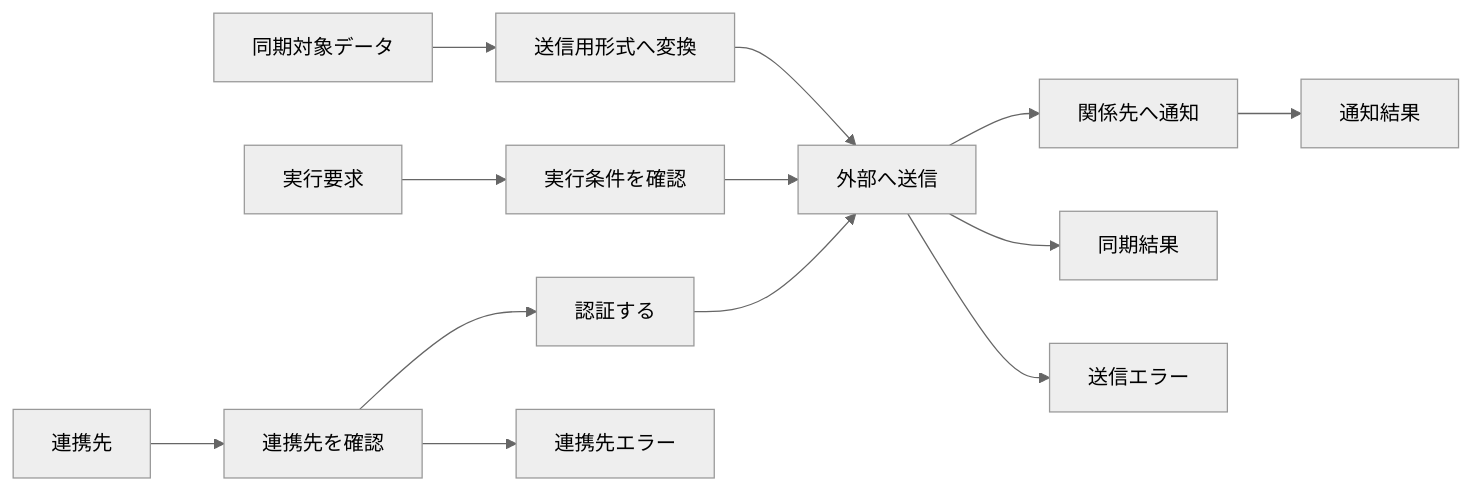
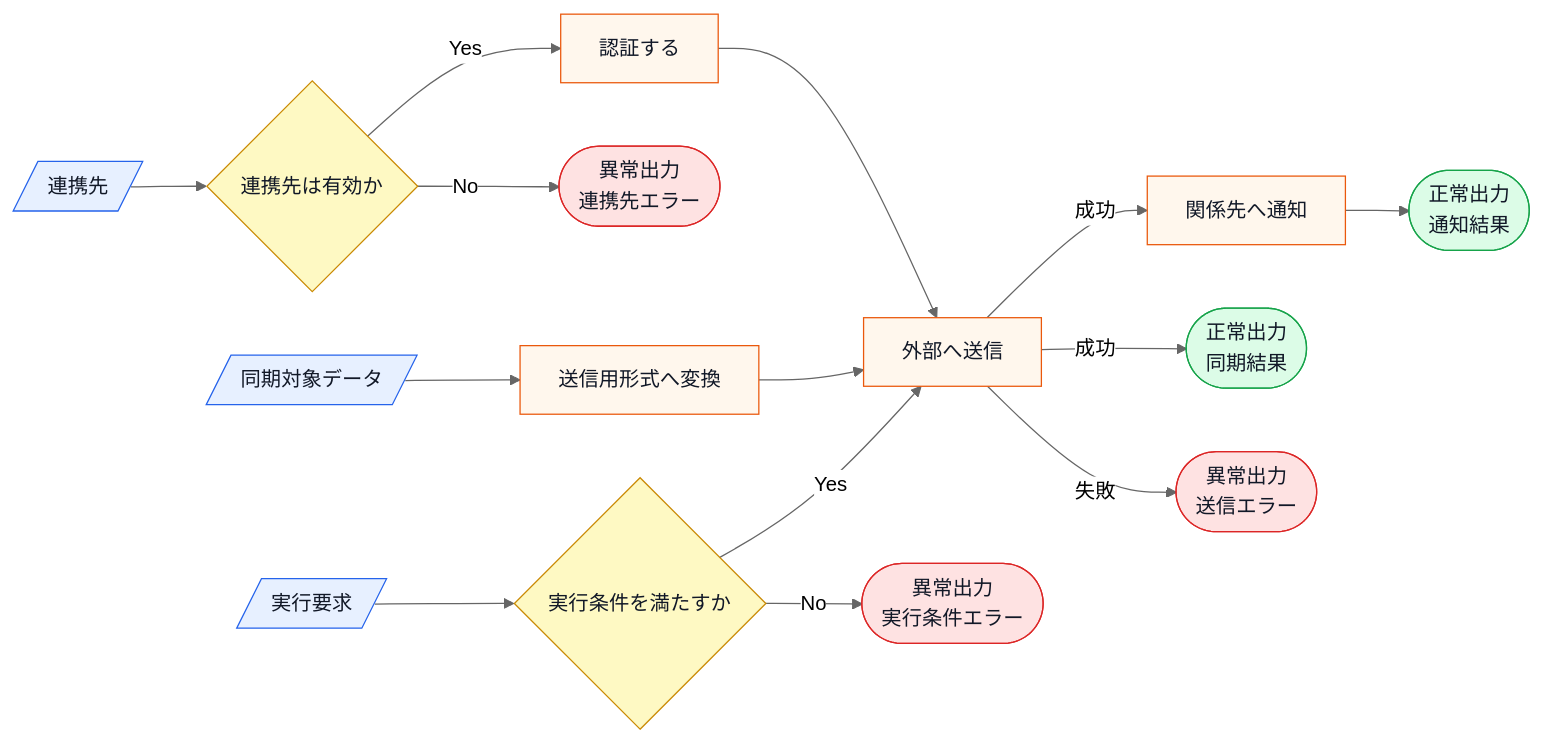
Before and after one commit to kumachan1101-pixel/DesignPattern: the first of 6 diagrams in kindle/design-patterns/output/chapter10.md, drawn with Mermaid (neutral theme). The commit also changed 15 other files, not shown here.

Commit message:
fix: 仕様図の入出力と分岐を明確化

````diff
--- a/kindle/design-patterns/output/chapter10.md
+++ b/kindle/design-patterns/output/chapter10.md
@@ -31,15 +31,22 @@
 ```mermaid
 flowchart LR
-    A["連携先"] --> B["連携先を確認"]
-    C["同期対象データ"] --> D["送信用形式へ変換"]
-    E["実行要求"] --> F["実行条件を確認"]
-    B --> G["認証する"]
-    D --> H["外部へ送信"]
-    F --> H
+    A[/連携先/]:::input --> B{連携先は有効か}:::decision
+    C[/同期対象データ/]:::input --> D[送信用形式へ変換]:::process
+    E[/実行要求/]:::input --> F{実行条件を満たすか}:::decision
+    B -->|Yes| G[認証する]:::process
+    D --> H[外部へ送信]:::process
+    F -->|Yes| H
     G --> H
-    H --> I["関係先へ通知"]
-    H --> J["同期結果"]
-    I --> K["通知結果"]
-    B --> L["連携先エラー"]
-    H --> M["送信エラー"]
+    H -->|成功| I[関係先へ通知]:::process
+    H -->|成功| J([正常出力<br>同期結果]):::normal
+    I --> K([正常出力<br>通知結果]):::normal
+    B -->|No| L([異常出力<br>連携先エラー]):::error
+    F -->|No| M([異常出力<br>実行条件エラー]):::error
+    H -->|失敗| N([異常出力<br>送信エラー]):::error
+
+    classDef input fill:#e7f0ff,stroke:#2563eb,color:#111827;
+    classDef process fill:#fff7ed,stroke:#ea580c,color:#111827;
+    classDef decision fill:#fef9c3,stroke:#ca8a04,color:#111827;
+    classDef normal fill:#dcfce7,stroke:#16a34a,color:#111827;
+    classDef error fill:#fee2e2,stroke:#dc2626,color:#111827;
 ```
````
